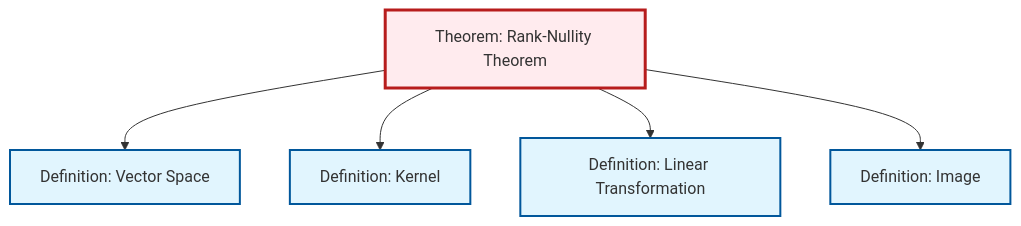
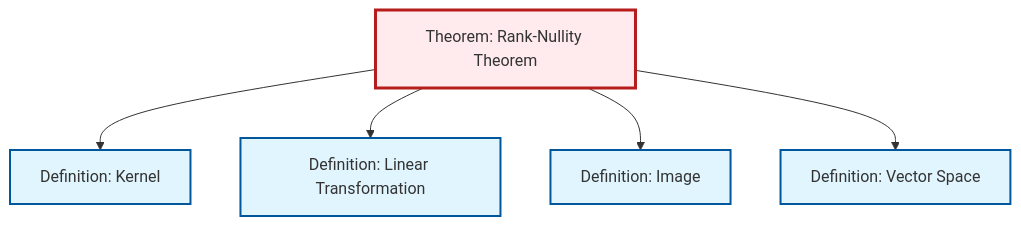
The diagram in content/ja/algebra/thm-rank-nullity.qmd (RK0429/ModernMath), drawn with Mermaid before and after one commit. The commit also changed other lines of this file and 417 other files, not shown here.

````diff
--- a/content/ja/algebra/thm-rank-nullity.qmd
+++ b/content/ja/algebra/thm-rank-nullity.qmd
@@ -56,23 +56,23 @@
 ```{mermaid}
 %%| fig-cap: "Local dependency graph"
 graph TD
     classDef definition fill:#e1f5fe,stroke:#01579b,stroke-width:2px
     classDef theorem fill:#f3e5f5,stroke:#4a148c,stroke-width:2px
     classDef axiom fill:#fff3e0,stroke:#e65100,stroke-width:2px
     classDef example fill:#e8f5e9,stroke:#1b5e20,stroke-width:2px
     classDef current fill:#ffebee,stroke:#b71c1c,stroke-width:3px
+    def-kernel["Definition: Kernel"]:::definition
+    def-vector-space["Definition: Vector Space"]:::definition
     thm-rank-nullity["Theorem: Rank-Nullity Theorem"]:::theorem
-    def-kernel["Definition: Kernel"]:::definition
     def-image["Definition: Image"]:::definition
-    def-vector-space["Definition: Vector Space"]:::definition
     def-linear-transformation["Definition: Linear Transformation"]:::definition
-    thm-rank-nullity --> def-vector-space
     thm-rank-nullity --> def-kernel
     thm-rank-nullity --> def-linear-transformation
     thm-rank-nullity --> def-image
+    thm-rank-nullity --> def-vector-space
     class thm-rank-nullity current
     click def-kernel "def-kernel.html" "Definition: Kernelへ"
+    click def-vector-space "def-vector-space.html" "Definition: Vector Spaceへ"
     click def-image "def-image.html" "Definition: Imageへ"
-    click def-vector-space "def-vector-space.html" "Definition: Vector Spaceへ"
     click def-linear-transformation "def-linear-transformation.html" "Definition: Linear Transformationへ"
 ```
````
